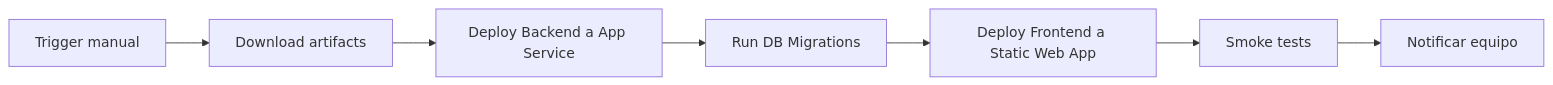
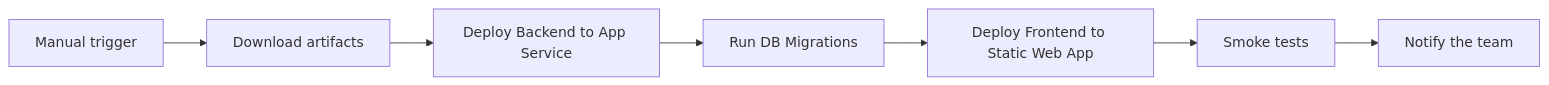
Diagram 13 of 13 in docs/roadmap/F00 - Development Environment and Structure/F00 - W01 - Comprehensive Documentation.md (pablonux/legal-ai-ar), drawn with Mermaid before and after one commit. The commit also changed other lines of this file and 8 other files, not shown here.

````diff
--- a/docs/roadmap/F00 - Development Environment and Structure/F00 - W01 - Comprehensive Documentation.md
+++ b/docs/roadmap/F00 - Development Environment and Structure/F00 - W01 - Comprehensive Documentation.md
@@ -1032,9 +1034,9 @@
 ```mermaid
 graph LR
-    A[Trigger manual] --> B[Download artifacts]
-    B --> C[Deploy Backend a App Service]
+    A[Manual trigger] --> B[Download artifacts]
+    B --> C[Deploy Backend to App Service]
     C --> D[Run DB Migrations]
-    D --> E[Deploy Frontend a Static Web App]
+    D --> E[Deploy Frontend to Static Web App]
     E --> F[Smoke tests]
-    F --> G[Notificar equipo]
+    F --> G[Notify the team]
 ```
````
